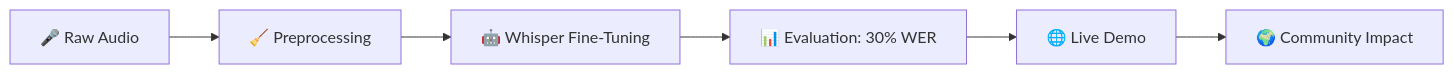
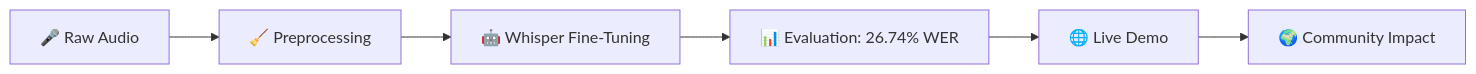
One commit to mohdali-dev/BaltiVoice-ASR changed the first of 2 diagrams in README.md. Above: the diagram before and after it, drawn with Mermaid. The commit also changed other lines of this file, not shown here.

````diff
--- a/README.md
+++ b/README.md
@@ -74,8 +59,8 @@
 ```mermaid
 graph LR
     A[🎤 Raw Audio] --> B[🧹 Preprocessing]
     B --> C[🤖 Whisper Fine-Tuning]
-    C --> D[📊 Evaluation: 30% WER]
+    C --> D[📊 Evaluation: 26.74% WER]
     D --> E[🌐 Live Demo]
     E --> F[🌍 Community Impact]
 ```
````
